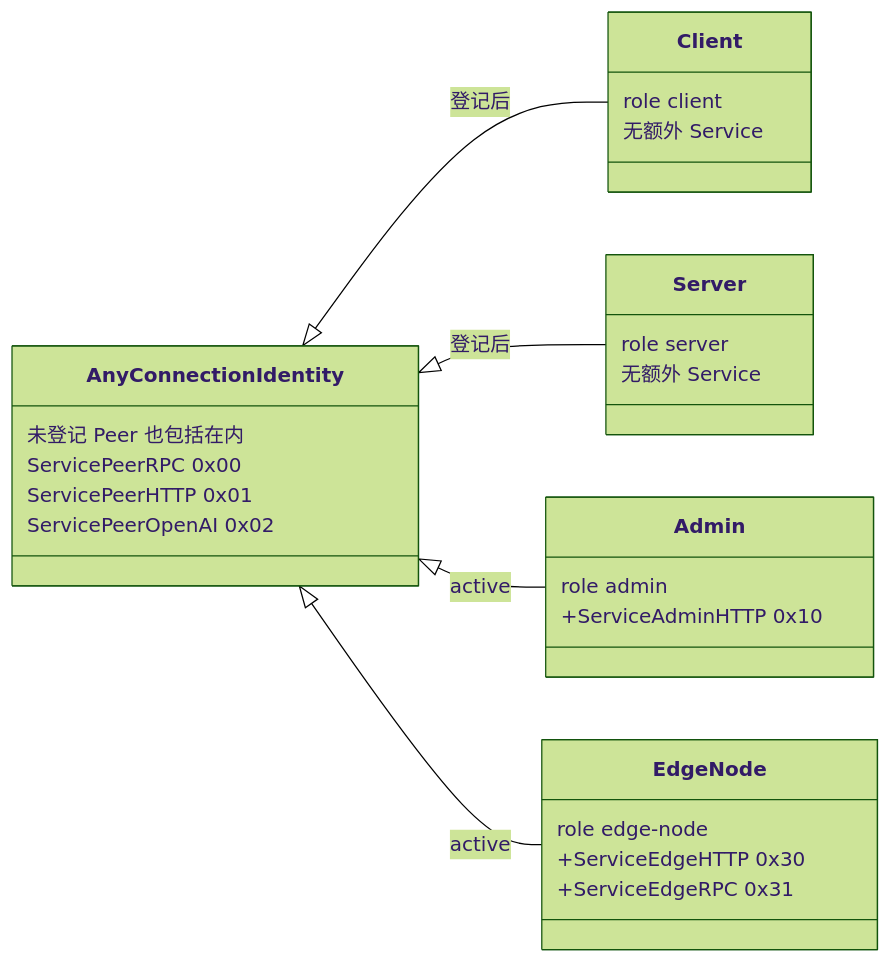
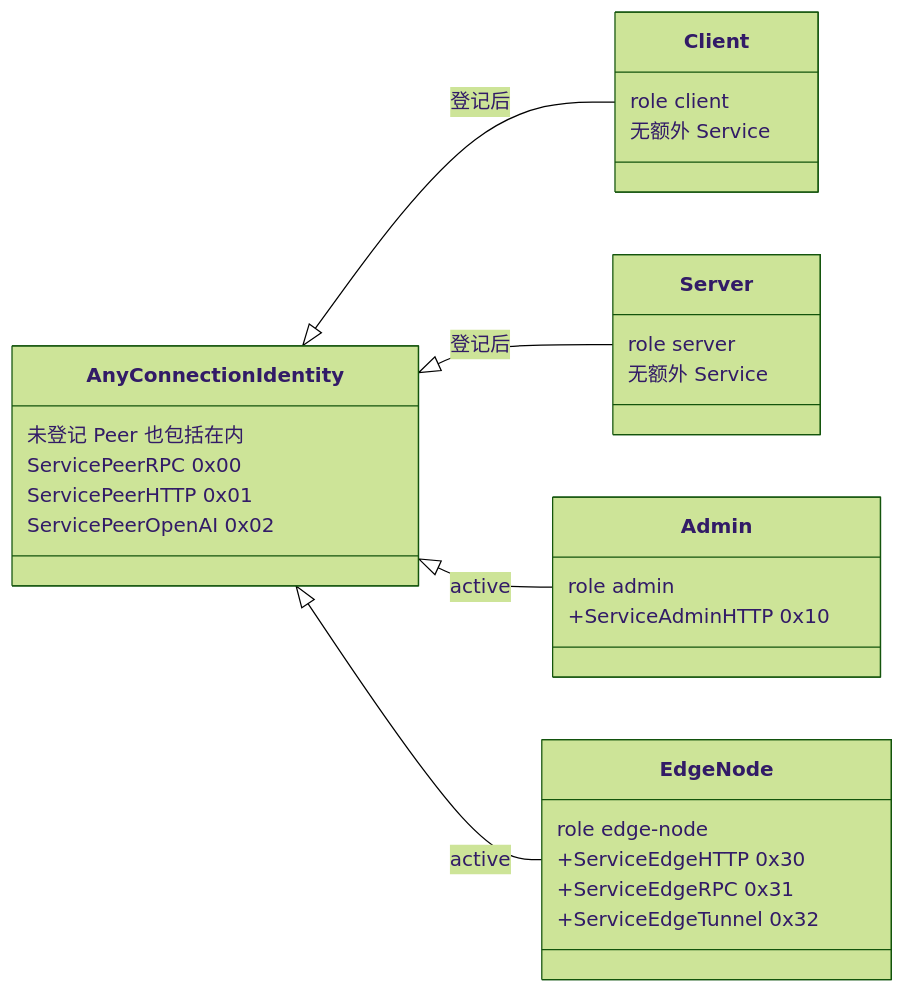
One commit to GizClaw/gizclaw changed the first of 2 diagrams in guides/zh/developing/gizclaw/overview.md. Above: the diagram before and after it, drawn with Mermaid (forest theme). The commit also changed other lines of this file and 52 other files, not shown here.

````diff
--- a/guides/zh/developing/gizclaw/overview.md
+++ b/guides/zh/developing/gizclaw/overview.md
@@ -59,34 +60,35 @@
 ```mermaid
 classDiagram
     direction LR
 
     class AnyConnectionIdentity {
         未登记 Peer 也包括在内
         ServicePeerRPC 0x00
         ServicePeerHTTP 0x01
         ServicePeerOpenAI 0x02
     }
 
     class Client {
         role client
         无额外 Service
     }
     class Server {
         role server
         无额外 Service
     }
     class Admin {
         role admin
         +ServiceAdminHTTP 0x10
     }
     class EdgeNode {
         role edge-node
         +ServiceEdgeHTTP 0x30
         +ServiceEdgeRPC 0x31
+        +ServiceEdgeTunnel 0x32
     }
 
     AnyConnectionIdentity <|-- Client : 登记后
     AnyConnectionIdentity <|-- Server : 登记后
     AnyConnectionIdentity <|-- Admin : active
     AnyConnectionIdentity <|-- EdgeNode : active
 ```
````
